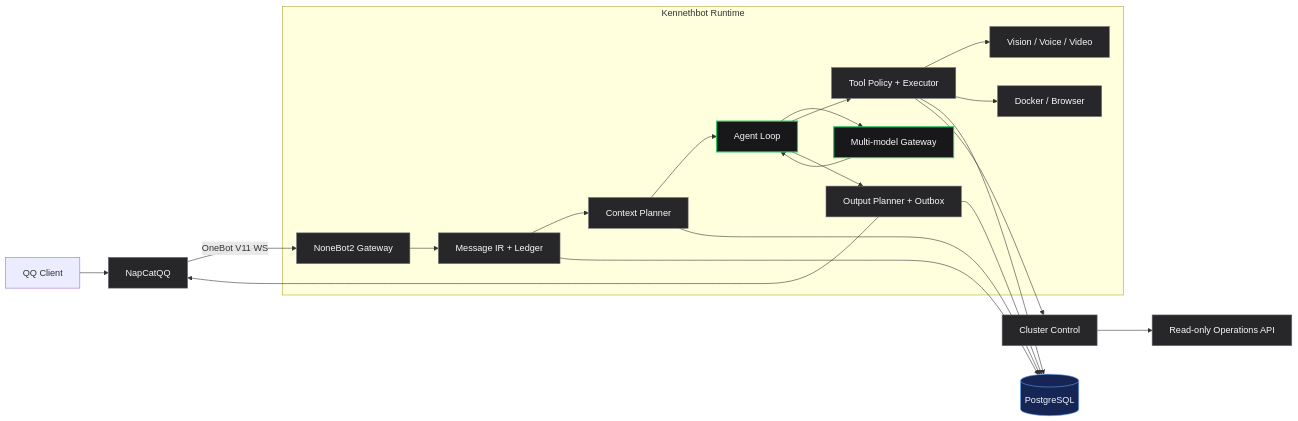
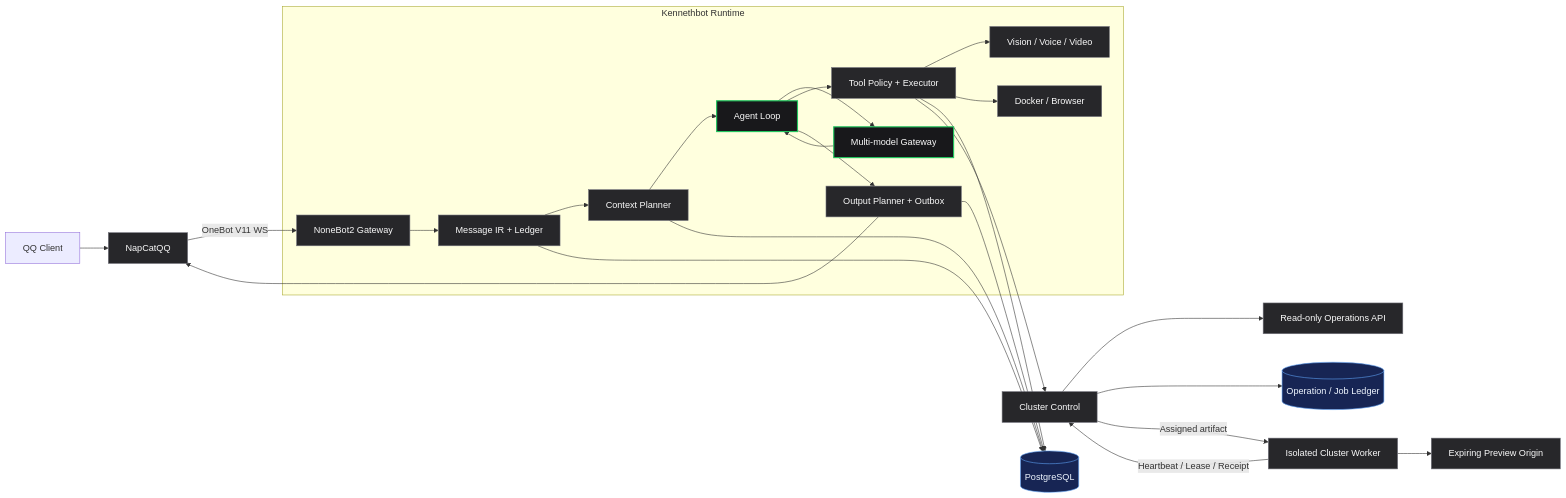
One commit to zty20040403/chat-bot changed the diagram in README.md. Above: the diagram before and after it, drawn with Mermaid. The commit also changed other lines of this file and 32 other files, not shown here.

Commit message:
feat: add reliable cluster execution and worker

````diff
--- a/README.md
+++ b/README.md
@@ -64,32 +68,36 @@
 ```mermaid
 flowchart LR
     QQ[QQ Client] --> NC[NapCatQQ]
     NC -->|OneBot V11 WS| NB[NoneBot2 Gateway]
 
     subgraph Runtime[Kennethbot Runtime]
         NB --> IR[Message IR + Ledger]
         IR --> CTX[Context Planner]
         CTX --> AGENT[Agent Loop]
         AGENT --> LLM[Multi-model Gateway]
         LLM --> AGENT
         AGENT --> TOOLS[Tool Policy + Executor]
         TOOLS --> MEDIA[Vision / Voice / Video]
         TOOLS --> BOX[Docker / Browser]
         AGENT --> OUT[Output Planner + Outbox]
     end
 
     IR --> PG[(PostgreSQL)]
     CTX --> PG
     TOOLS --> PG
     OUT --> PG
     OUT --> NC
     TOOLS --> CC[Cluster Control]
     CC --> OPS[Read-only Operations API]
+    CC --> QUEUE[(Operation / Job Ledger)]
+    CW[Isolated Cluster Worker] -->|Heartbeat / Lease / Receipt| CC
+    CC -->|Assigned artifact| CW
+    CW --> PREVIEW[Expiring Preview Origin]
 
     classDef core fill:#18181b,stroke:#22c55e,color:#fafafa,stroke-width:2px;
     classDef service fill:#27272a,stroke:#71717a,color:#fafafa;
     classDef data fill:#172554,stroke:#60a5fa,color:#eff6ff;
     class AGENT,LLM core;
-    class NC,NB,IR,CTX,TOOLS,MEDIA,BOX,OUT,CC,OPS service;
-    class PG data;
+    class NC,NB,IR,CTX,TOOLS,MEDIA,BOX,OUT,CC,OPS,CW,PREVIEW service;
+    class PG,QUEUE data;
 ```
````
